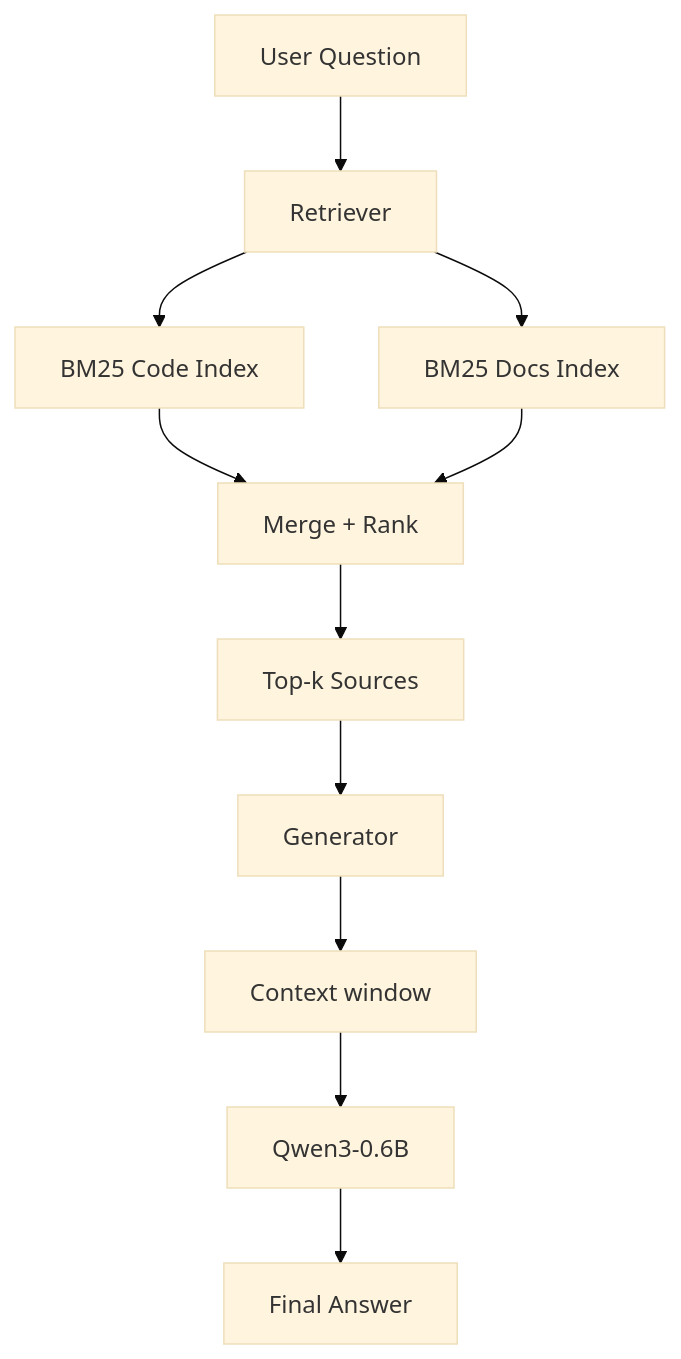
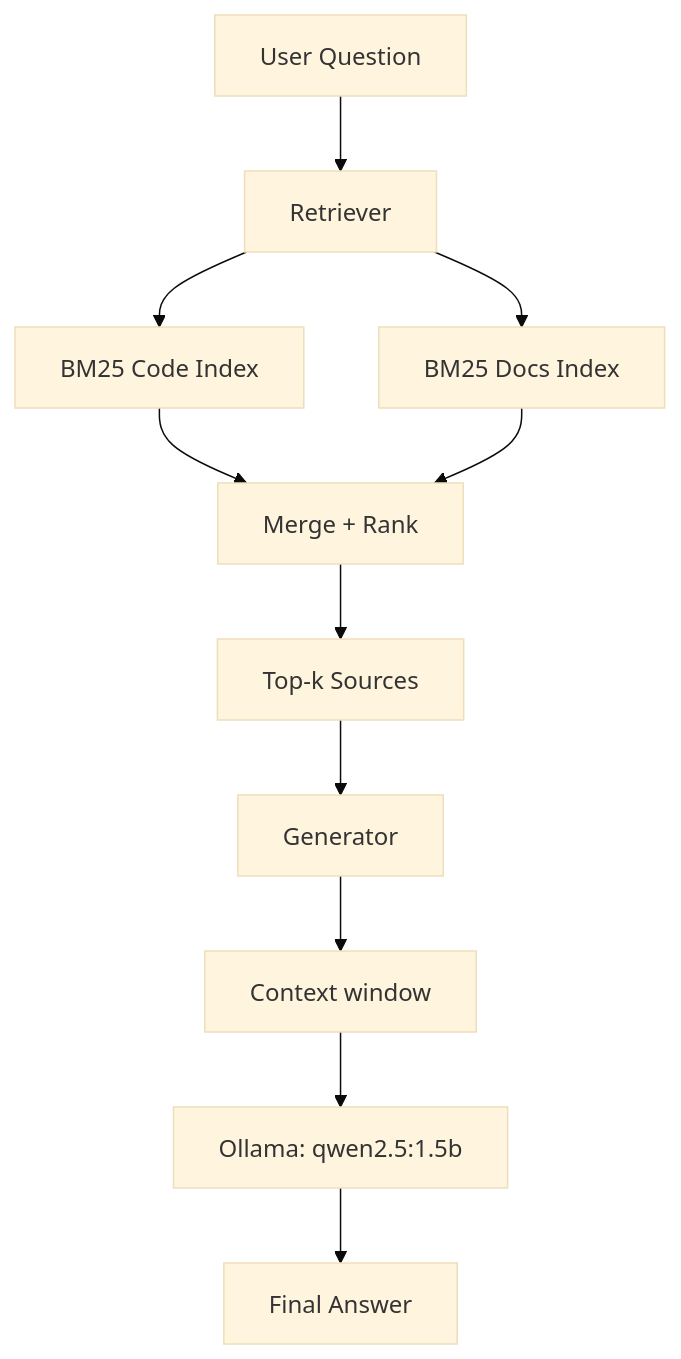
The second of 7 diagrams in README.md (AstarophTY/RAG), drawn with Mermaid (base theme) before and after one commit. The commit also changed other lines of this file and 2886 other files, not shown here.

````diff
--- a/README.md
+++ b/README.md
@@ -111,29 +111,29 @@
 ```mermaid
 graph TD
     User["User Question"]
 
     Retriever["Retriever"]
     CodeIndex["BM25 Code Index"]
     DocsIndex["BM25 Docs Index"]
 
     Merge["Merge + Rank"]
     TopK["Top-k Sources"]
 
     Generator["Generator"]
     Context["Context window"]
-    LLM["Qwen3-0.6B"]
+    LLM["Ollama: qwen2.5:1.5b"]
 
     Output["Final Answer"]
 
     User --> Retriever
     Retriever --> CodeIndex
     Retriever --> DocsIndex
 
     CodeIndex --> Merge
     DocsIndex --> Merge
 
     Merge --> TopK
 
     TopK --> Generator
     Generator --> Context --> LLM --> Output
 ```
````
